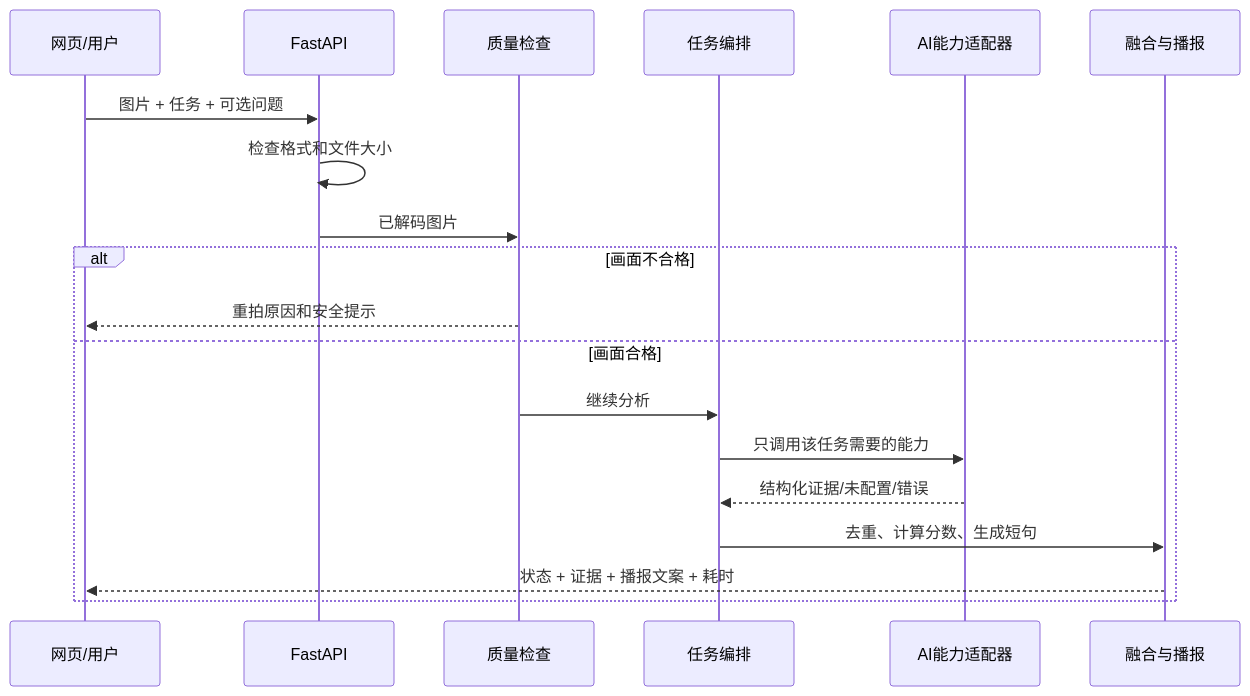
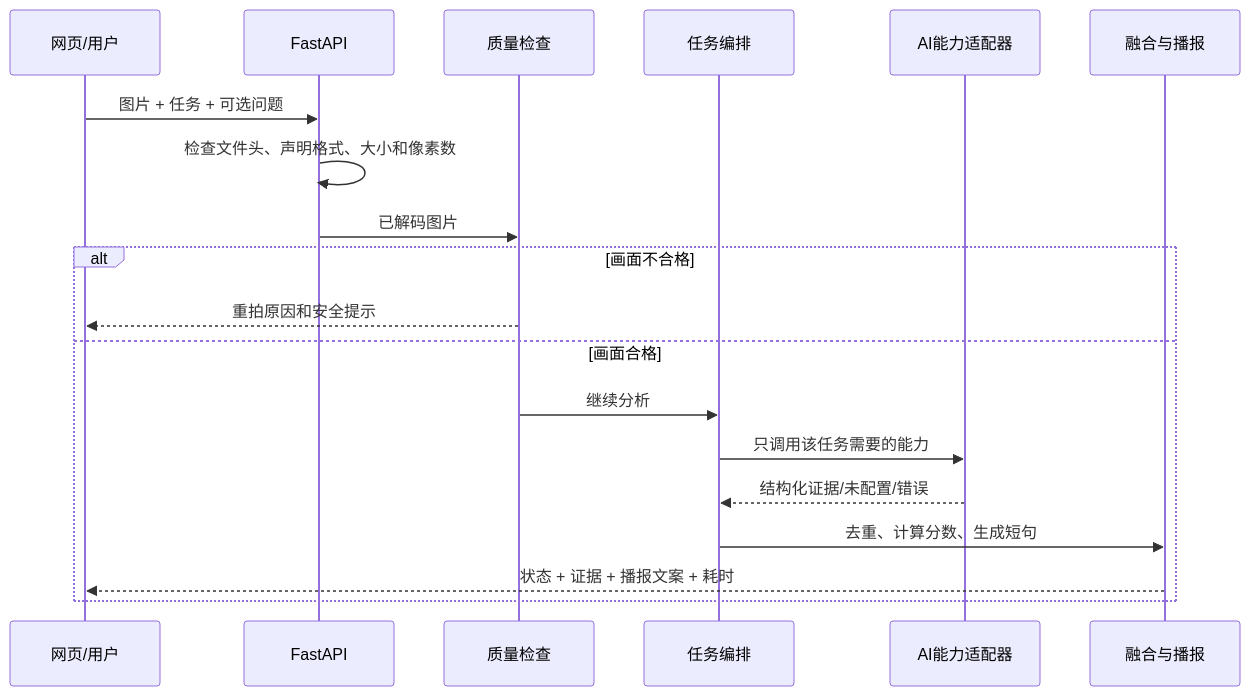
One commit to fly69783/ai-vision-assistant changed the diagram in docs/architecture/overview.md. Above: the diagram before and after it, drawn with Mermaid. The commit also changed other lines of this file and 26 other files, not shown here.

````diff
--- a/docs/architecture/overview.md
+++ b/docs/architecture/overview.md
@@ -17,22 +19,22 @@
 ```mermaid
 sequenceDiagram
     participant U as 网页/用户
     participant A as FastAPI
     participant Q as 质量检查
     participant O as 任务编排
     participant P as AI能力适配器
     participant F as 融合与播报
 
     U->>A: 图片 + 任务 + 可选问题
-    A->>A: 检查格式和文件大小
+    A->>A: 检查文件头、声明格式、大小和像素数
     A->>Q: 已解码图片
     alt 画面不合格
         Q-->>U: 重拍原因和安全提示
     else 画面合格
         Q->>O: 继续分析
         O->>P: 只调用该任务需要的能力
         P-->>O: 结构化证据/未配置/错误
         O->>F: 去重、计算分数、生成短句
         F-->>U: 状态 + 证据 + 播报文案 + 耗时
     end
 ```
````
